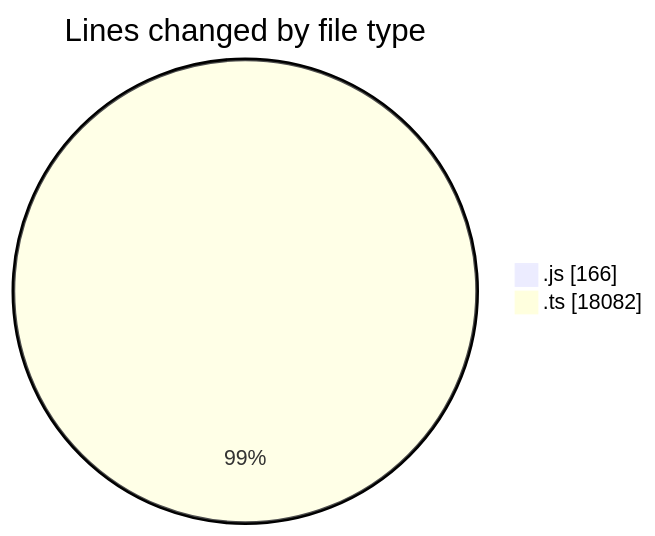
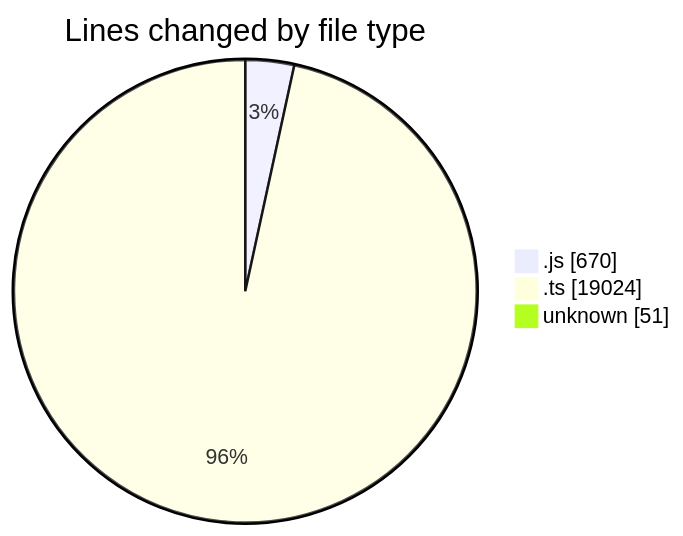
The first of 2 diagrams in 2026-08-21/cda/README.md (momahboobian/code-tracking), drawn with Mermaid before and after one commit. The commit also changed other lines of this file and 1 other file, not shown here.

````diff
--- a/2026-08-21/cda/README.md
+++ b/2026-08-21/cda/README.md
@@ -27,6 +31,7 @@
 ```mermaid
 pie showData
 title Lines changed by file type
-".js" : 166
-".ts" : 18082
+".js" : 670
+".ts" : 19024
+"unknown" : 51
 ```
````
